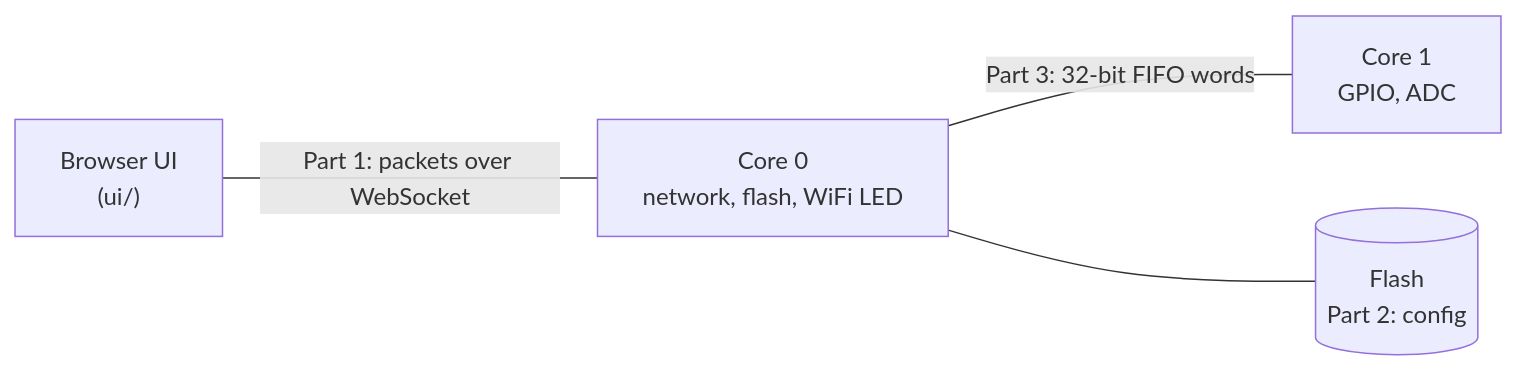
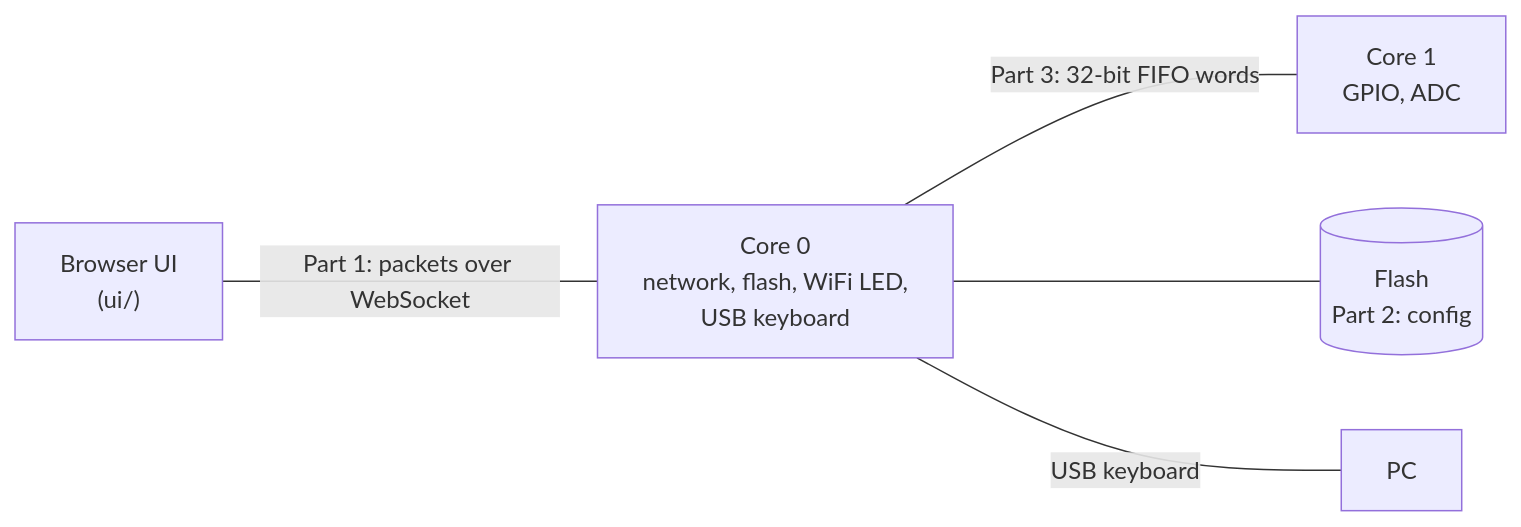
The first of 3 diagrams in PROTOCOL.md (anroleroux/neograph), drawn with Mermaid before and after one commit. The commit also changed other lines of this file and 22 other files, not shown here.

First line of the commit message:
Add a USB keyboard node

````diff
--- a/PROTOCOL.md
+++ b/PROTOCOL.md
@@ -7,6 +7,7 @@
 ```mermaid
 flowchart LR
-    UI["Browser UI<br/>(ui/)"] -- "Part 1: packets over WebSocket" --- C0["Core 0<br/>network, flash, WiFi LED"]
+    UI["Browser UI<br/>(ui/)"] -- "Part 1: packets over WebSocket" --- C0["Core 0<br/>network, flash, WiFi LED,<br/>USB keyboard"]
     C0 -- "Part 3: 32-bit FIFO words" --- C1["Core 1<br/>GPIO, ADC"]
     C0 --- F[("Flash<br/>Part 2: config")]
+    C0 -- "USB keyboard" --- PC["PC"]
 ```
````
